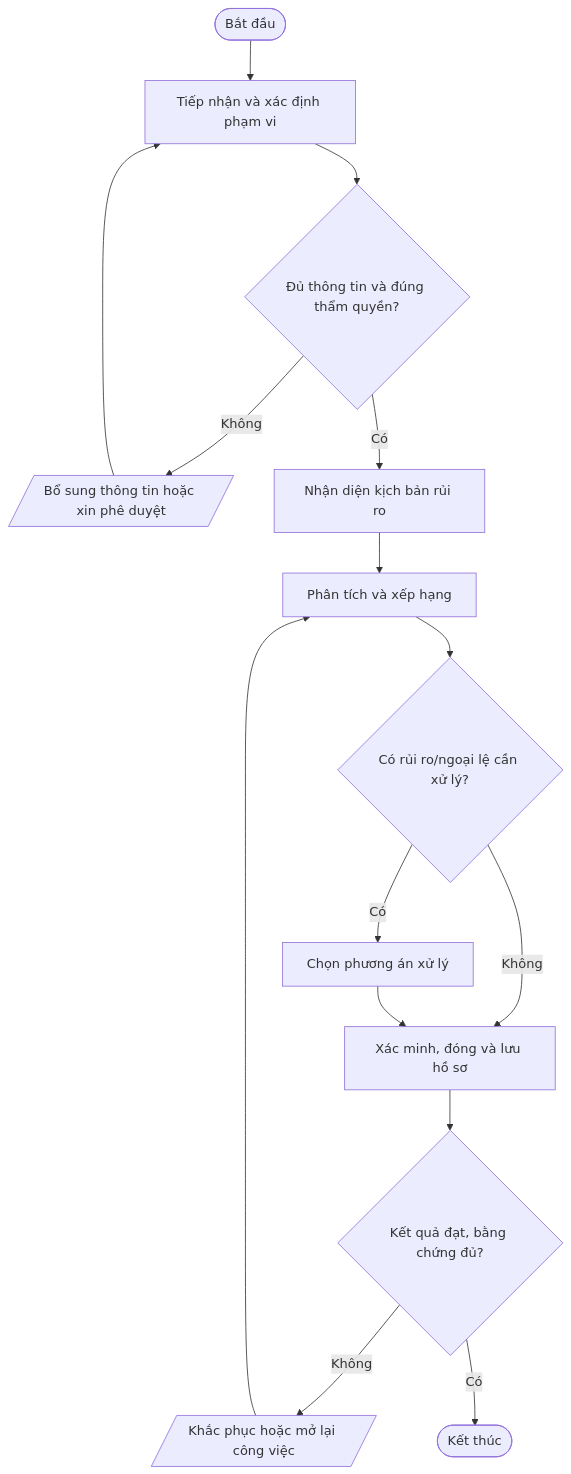
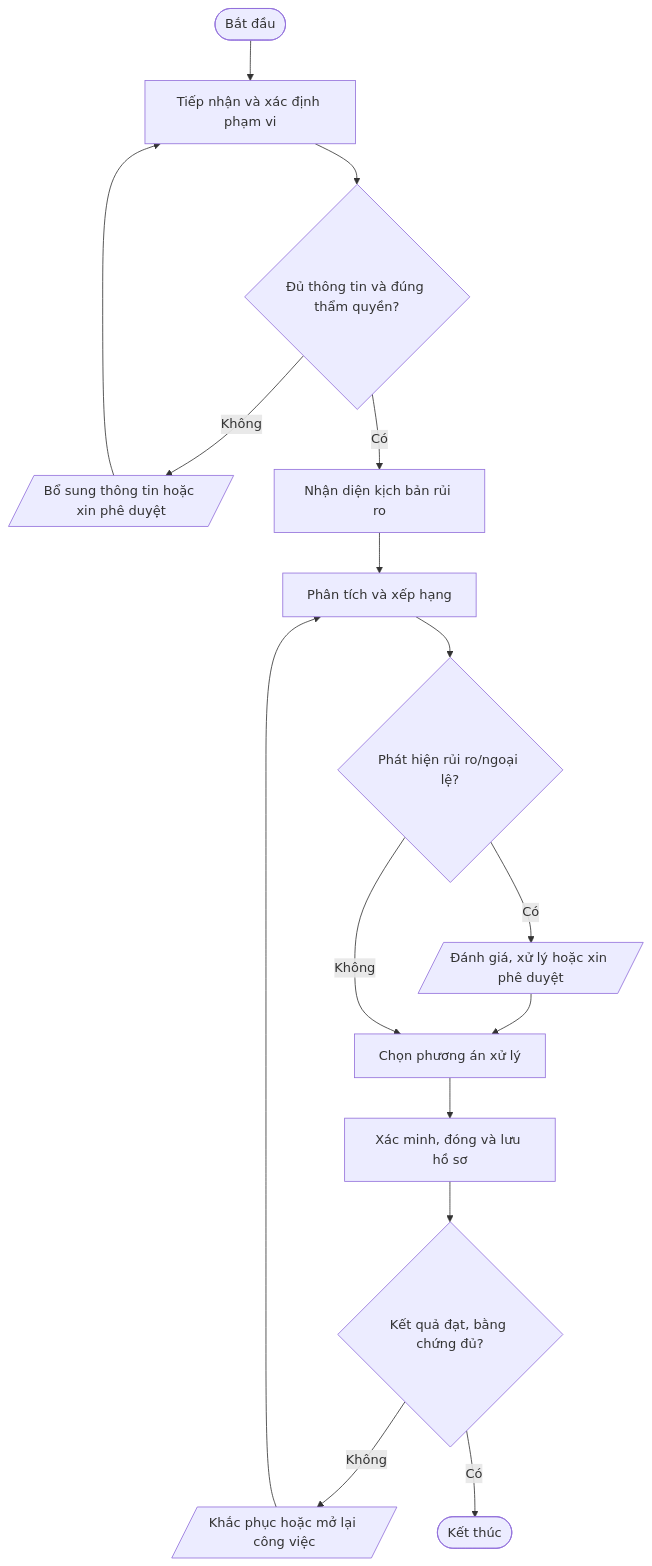
Before and after one commit to daoaigiangnam/Quy_Trinh_Chuan: the second of 7 diagrams in quy-trinh/01-Quan-tri-ISMS/README.md, drawn with Mermaid. The commit also changed other lines of this file, not shown here.

Commit message:
docs: correct procedure flowchart decision paths

````diff
--- a/quy-trinh/01-Quan-tri-ISMS/README.md
+++ b/quy-trinh/01-Quan-tri-ISMS/README.md
@@ -141,17 +142,18 @@
 ```mermaid
 flowchart TD
   A([Bắt đầu]) --> S1["Tiếp nhận và xác định phạm vi"]
   S1 --> D1{"Đủ thông tin và đúng thẩm quyền?"}
   D1 -- Không --> F1[/"Bổ sung thông tin hoặc xin phê duyệt"/]
   F1 --> S1
   D1 -- Có --> S2["Nhận diện kịch bản rủi ro"]
   S2 --> S3["Phân tích và xếp hạng"]
-  S3 --> D2{"Có rủi ro/ngoại lệ cần xử lý?"}
-  D2 -- Có --> S4["Chọn phương án xử lý"]
-  D2 -- Không --> S5["Xác minh, đóng và lưu hồ sơ"]
-  S4 --> S5
+  S3 --> D2{"Phát hiện rủi ro/ngoại lệ?"}
+  D2 -- Có --> RISK[/"Đánh giá, xử lý hoặc xin phê duyệt"/]
+  RISK --> S4["Chọn phương án xử lý"]
+  D2 -- Không --> S4
+  S4 --> S5["Xác minh, đóng và lưu hồ sơ"]
   S5 --> D3{"Kết quả đạt, bằng chứng đủ?"}
   D3 -- Không --> R[/"Khắc phục hoặc mở lại công việc"/]
   R --> S3
   D3 -- Có --> Z([Kết thúc])
 ```
````
